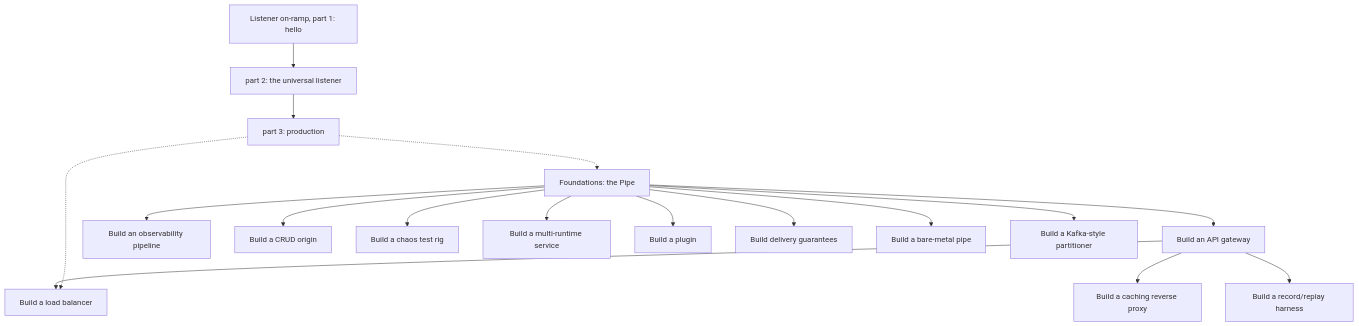
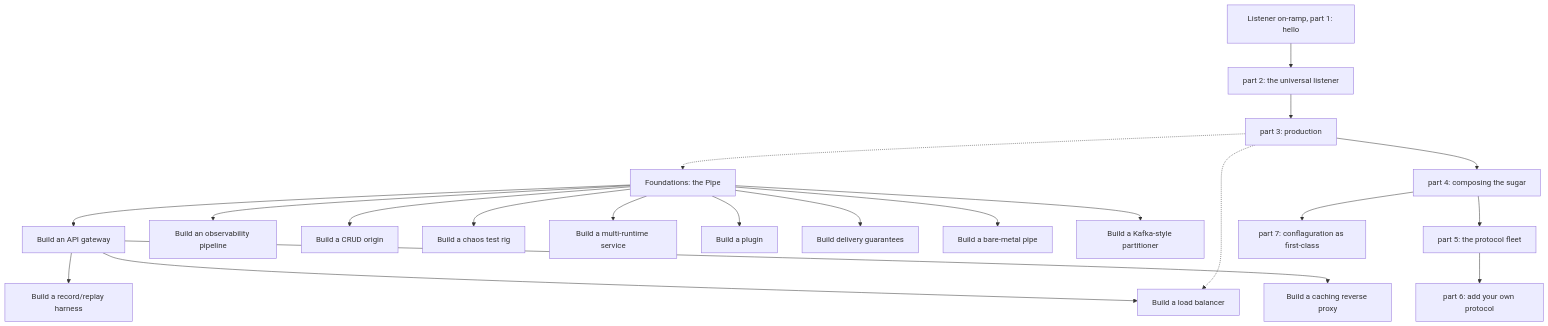
The diagram in docs/tutorials/README.md (brianbruggeman/proxima), drawn with Mermaid before and after one commit. The commit also changed other lines of this file and 16 other files, not shown here.

Commit message:
docs: reshape protocol-fleet tutorials and add fleet examples

````diff
--- a/docs/tutorials/README.md
+++ b/docs/tutorials/README.md
@@ -59,20 +63,24 @@
 ```mermaid
 graph TD
   BASE["Foundations: the Pipe"]
   BASE --> GW["Build an API gateway"]
   BASE --> OBS["Build an observability pipeline"]
   BASE --> CRUD["Build a CRUD origin"]
   BASE --> CHAOS["Build a chaos test rig"]
   BASE --> MRT["Build a multi-runtime service"]
   BASE --> PLUG["Build a plugin"]
   BASE --> DEL["Build delivery guarantees"]
   BASE --> NOSTD["Build a bare-metal pipe"]
   BASE --> KAFKA["Build a Kafka-style partitioner"]
   GW --> CACHE["Build a caching reverse proxy"]
   GW --> REC["Build a record/replay harness"]
   GW --> LB["Build a load balancer"]
   ONRAMP1["Listener on-ramp, part 1: hello"] --> ONRAMP2["part 2: the universal listener"]
   ONRAMP2 --> ONRAMP3["part 3: production"]
+  ONRAMP3 --> ONRAMP4["part 4: composing the sugar"]
+  ONRAMP4 --> ONRAMP5["part 5: the protocol fleet"]
+  ONRAMP5 --> ONRAMP6["part 6: add your own protocol"]
+  ONRAMP4 --> ONRAMP7["part 7: conflaguration as first-class"]
   ONRAMP3 -.-> LB
   ONRAMP3 -.-> BASE
 ```
````
